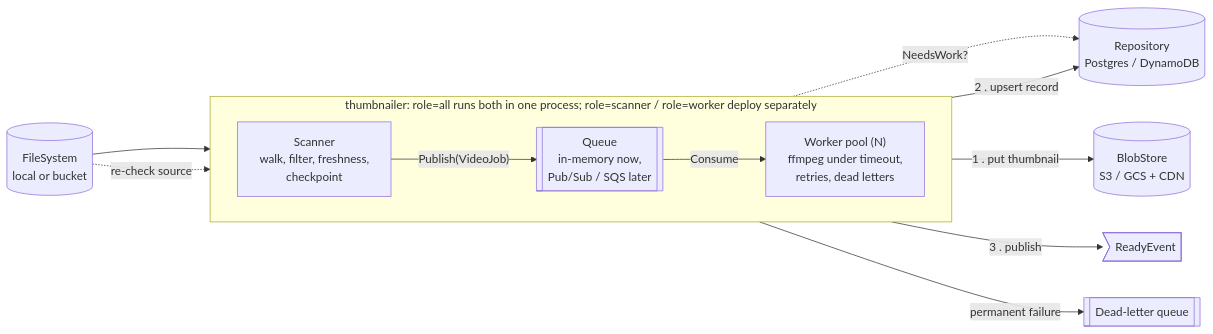
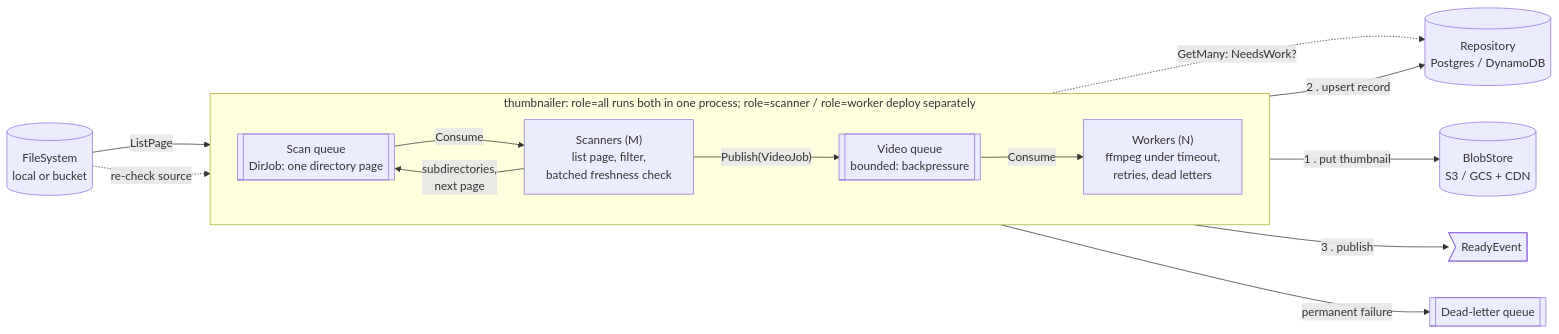
The diagram in README.md (beruda/insightful_thumbnail_generator), drawn with Mermaid before and after one commit. The commit also changed other lines of this file and 28 other files, not shown here.

First line of the commit message:
Make the scanner queue-driven

````diff
--- a/README.md
+++ b/README.md
@@ -18,26 +19,29 @@
 ```mermaid
 flowchart LR
     FS[("FileSystem<br/>local or bucket")]
 
     subgraph svc["thumbnailer: role=all runs both in one process; role=scanner / role=worker deploy separately"]
         direction LR
-        S["Scanner<br/>walk, filter, freshness,<br/>checkpoint"]
-        Q[["Queue<br/>in-memory now,<br/>Pub/Sub / SQS later"]]
-        W["Worker pool (N)<br/>ffmpeg under timeout,<br/>retries, dead letters"]
+        DQ[["Scan queue<br/>DirJob: one directory page"]]
+        S["Scanners (M)<br/>list page, filter,<br/>batched freshness check"]
+        Q[["Video queue<br/>bounded: backpressure"]]
+        W["Workers (N)<br/>ffmpeg under timeout,<br/>retries, dead letters"]
+        DQ -- Consume --> S
+        S -- "subdirectories,<br/>next page" --> DQ
         S -- "Publish(VideoJob)" --> Q
         Q -- Consume --> W
     end
 
     B[("BlobStore<br/>S3 / GCS + CDN")]
     R[("Repository<br/>Postgres / DynamoDB")]
     E>"ReadyEvent"]
     DLQ[["Dead-letter queue"]]
 
-    FS --> S
+    FS -- "ListPage" --> S
     FS -. "re-check source" .-> W
-    S -. "NeedsWork?" .-> R
+    S -. "GetMany: NeedsWork?" .-> R
     W -- "1 . put thumbnail" --> B
     W -- "2 . upsert record" --> R
     W -- "3 . publish" --> E
     W -- "permanent failure" --> DLQ
 ```
````
